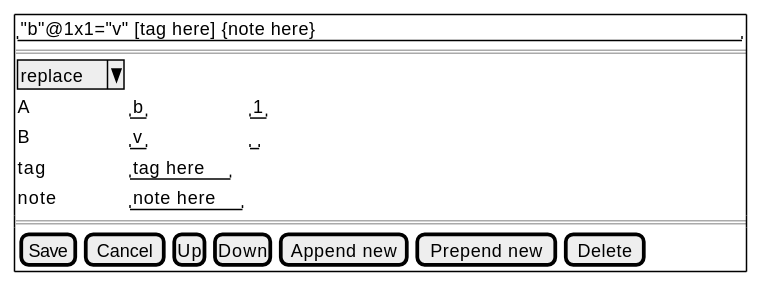
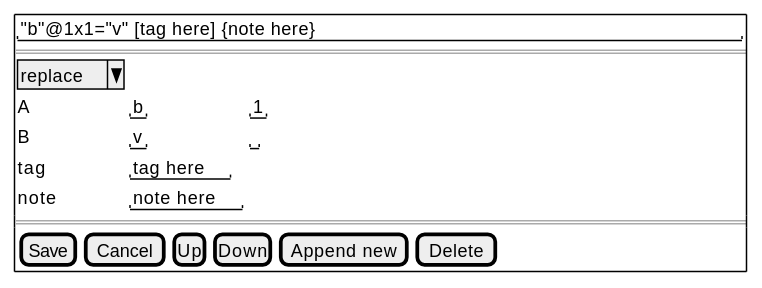
Before and after one commit to vedph/cadmus_web: the diagram in libs/parts/philology/philology-ui/README.md, drawn with PlantUML. The commit also changed other lines of this file and 4 other files, not shown here.

````diff
--- a/libs/parts/philology/philology-ui/README.md
+++ b/libs/parts/philology/philology-ui/README.md
@@ -17,21 +17,21 @@
 ```plantuml
 @startuml
 salt
 {+
   "&#34;b&#34;@1x1=&#34;v&#34; [tag here] &#123;note here&#125;"
   ==
   {
     ^replace^
     A | "b" | "1"
     B | "v" | ""
     tag | "tag here"
     note | "note here"
   }
   ==
   {
-    [Save] | [Cancel] | [Up] | [Down] | [Append new] | [Prepend new] | [Delete]
+    [Save] | [Cancel] | [Up] | [Down] | [Append new] | [Delete]
   }
 }
 }
 @enduml
 ```
````
